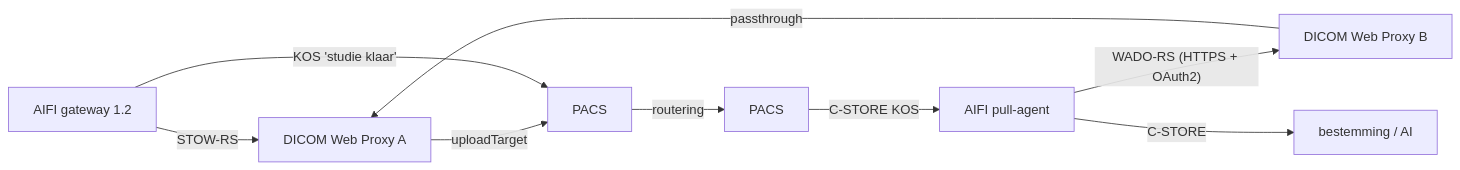
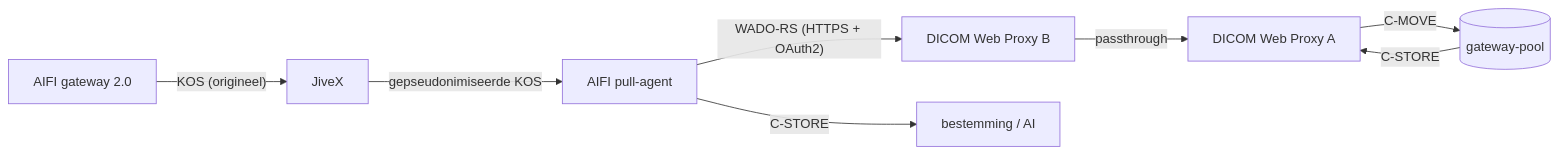
Before and after one commit to JeffreyVisser1/aifi-pull-agent: the diagram in docs/HANDLEIDING.md, drawn with Mermaid. The commit also changed other lines of this file and 18 other files, not shown here.

First line of the commit message:
Version 1.1.0: pull requests routed by JiveX, whole-study retrieval from the gateway pool

````diff
--- a/docs/HANDLEIDING.md
+++ b/docs/HANDLEIDING.md
@@ -8,9 +15,10 @@
 ```mermaid
 flowchart LR
-    GW[AIFI gateway 1.2] -- "STOW-RS" --> A[DICOM Web Proxy A] -- uploadTarget --> P1[PACS]
-    GW -- "KOS 'studie klaar'" --> P1
-    P1 -- "routering" --> P2[PACS] -- "C-STORE KOS" --> AG[AIFI pull-agent]
+    GW[AIFI gateway 2.0] -- "KOS (origineel)" --> JX[JiveX]
+    JX -- "gepseudonimiseerde KOS" --> AG[AIFI pull-agent]
     AG -- "WADO-RS (HTTPS + OAuth2)" --> B[DICOM Web Proxy B]
-    B -- "passthrough" --> A
+    B -- "passthrough" --> A[DICOM Web Proxy A]
+    A -- "C-MOVE" --> POOL[(gateway-pool)]
+    POOL -- "C-STORE" --> A
     AG -- "C-STORE" --> DEST[bestemming / AI]
 ```
````
